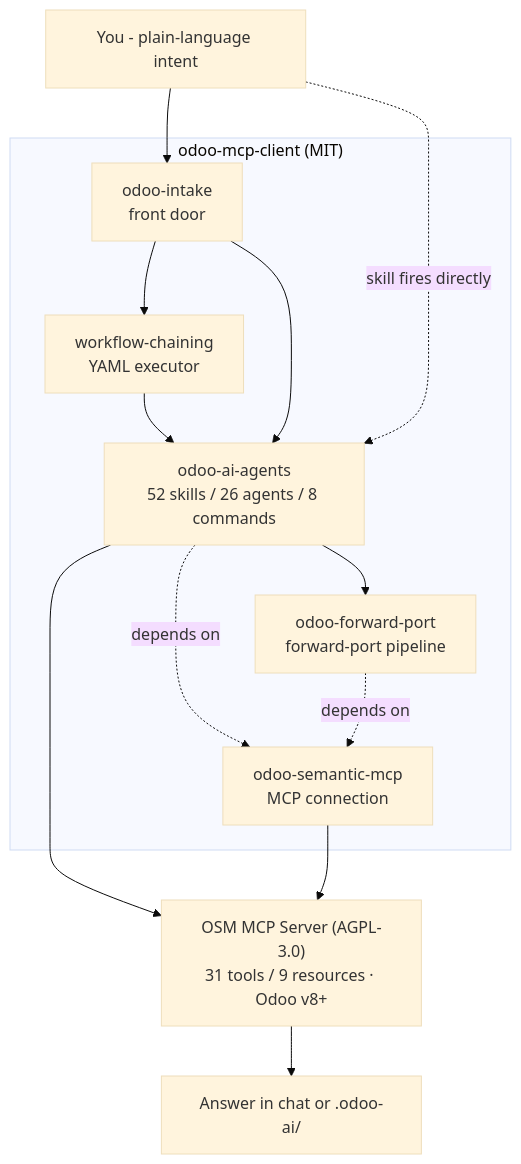
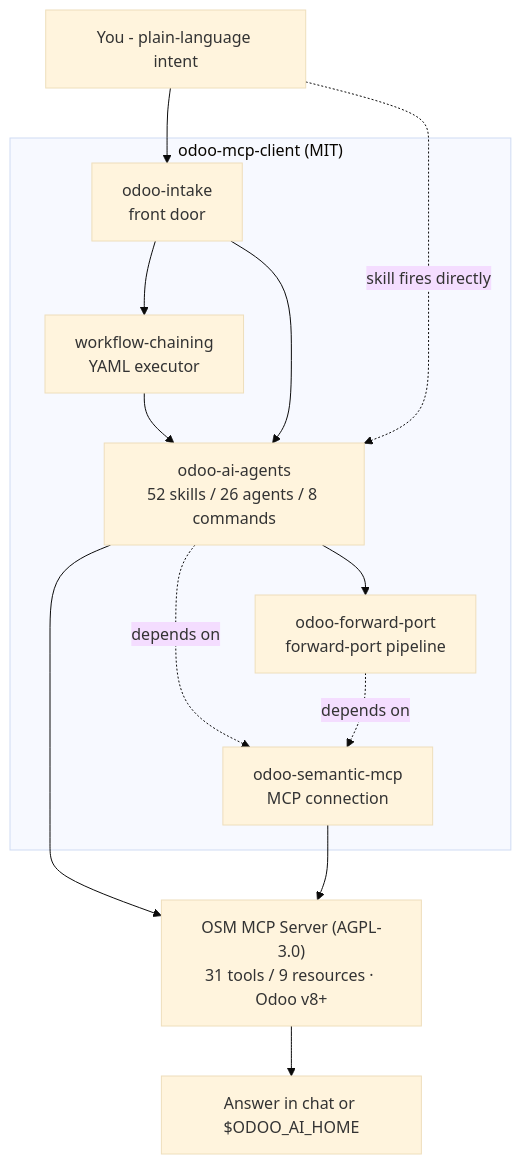
The diagram in README.md (Viindoo/odoo-mcp-client), drawn with Mermaid (base theme) before and after one commit. The commit also changed 9 other files, not shown here.

````diff
--- a/README.md
+++ b/README.md
@@ -13,26 +13,26 @@
 ```mermaid
 flowchart TD
     You["You - plain-language intent"]
 
     subgraph client["odoo-mcp-client (MIT)"]
         intake["odoo-intake<br/>front door"]
         wfrunner["workflow-chaining<br/>YAML executor"]
         skills["odoo-ai-agents<br/>52 skills / 26 agents / 8 commands"]
         fp["odoo-forward-port<br/>forward-port pipeline"]
         mcp["odoo-semantic-mcp<br/>MCP connection"]
         intake --> wfrunner --> skills
         intake --> skills
         skills --> fp
         skills -. depends on .-> mcp
         fp -. depends on .-> mcp
     end
 
     server["OSM MCP Server (AGPL-3.0)<br/>31 tools / 9 resources · Odoo v8+"]
-    out["Answer in chat or .odoo-ai/"]
+    out["Answer in chat or $ODOO_AI_HOME"]
 
     You --> intake
     You -. "skill fires directly" .-> skills
     skills --> server
     mcp --> server
     server --> out
 ```
````
